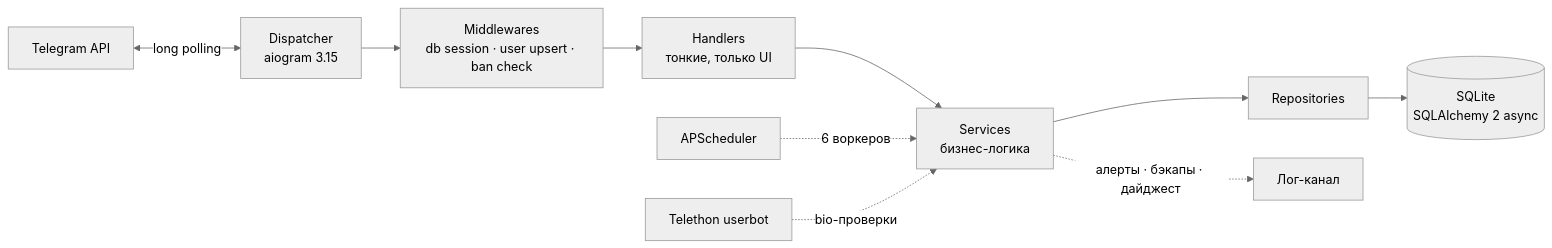
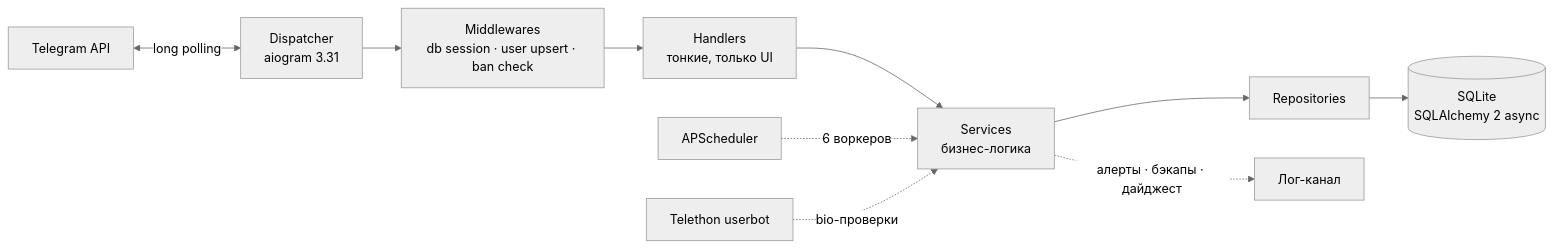
One commit to shaitanvoid-ui/SiriusTG_Bot changed the diagram in README.md. Above: the diagram before and after it, drawn with Mermaid (neutral theme). The commit also changed other lines of this file and 150 other files, not shown here.

````diff
--- a/README.md
+++ b/README.md
@@ -70,12 +72,12 @@
 ```mermaid
 flowchart LR
-    TG[Telegram API] <-->|long polling| D[Dispatcher<br/>aiogram 3.15]
+    TG[Telegram API] <-->|long polling| D[Dispatcher<br/>aiogram 3.31]
     D --> MW[Middlewares<br/>db session · user upsert · ban check]
     MW --> H[Handlers<br/>тонкие, только UI]
     H --> S[Services<br/>бизнес-логика]
     S --> R[Repositories]
     R --> DB[(SQLite<br/>SQLAlchemy 2 async)]
     SCH[APScheduler] -.->|6 воркеров| S
     UB[Telethon userbot] -.->|bio-проверки| S
     S -.->|алерты · бэкапы · дайджест| LOG[Лог-канал]
 ```
````
